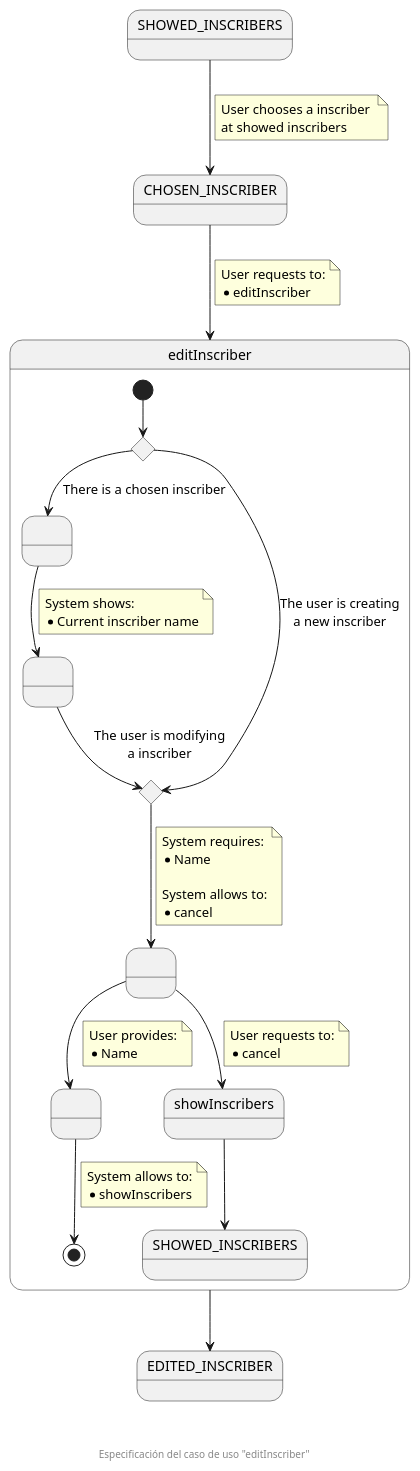
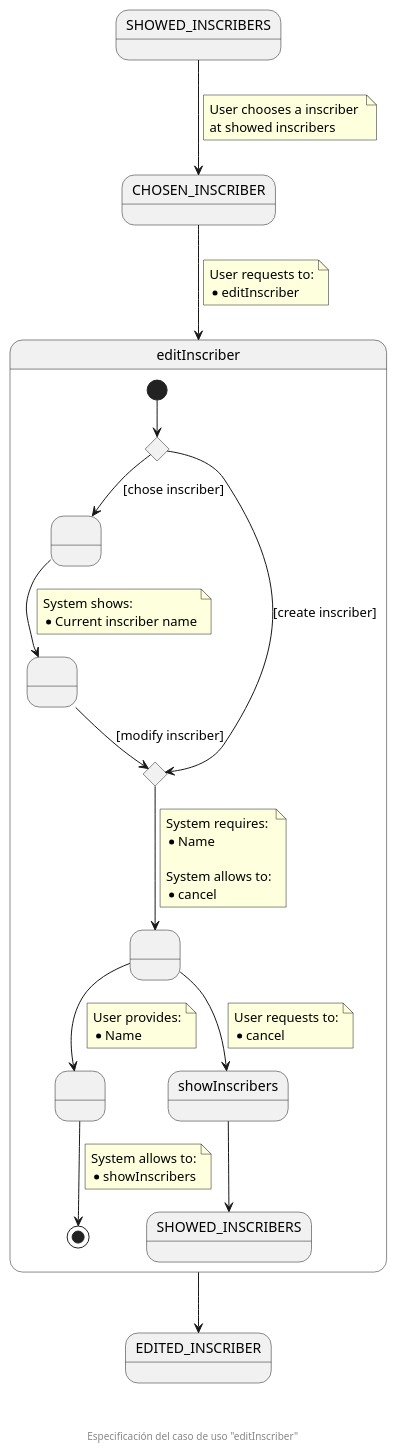
Before and after one commit to zuldare/mastercloud_pfm_halterocms: the diagram in documentation/diagrams/1_requirements/3_useCasesSpecification/organizationSecretary/12_editInscriber.puml, drawn with PlantUML. The commit also changed 5 other files, not shown here.

```diff
--- a/documentation/diagrams/1_requirements/3_useCasesSpecification/organizationSecretary/12_editInscriber.puml
+++ b/documentation/diagrams/1_requirements/3_useCasesSpecification/organizationSecretary/12_editInscriber.puml
@@ -1,64 +1,64 @@
 @startuml
 state SHOWED_INSCRIBERS
 state CHOSEN_INSCRIBER
 state editInscriber {
   state createOrModifyCHC <<choice>>
   state " " as providedInscriber
   state " " as showedData
   state createOrModifyCHC2 <<choice>>
   state " " as pendingData
   state " " as providedData
   [*] --> createOrModifyCHC
-  createOrModifyCHC --> providedInscriber : There is a chosen inscriber
-  createOrModifyCHC --> createOrModifyCHC2 : The user is creating\na new inscriber
+  createOrModifyCHC --> providedInscriber : [chose inscriber]
+  createOrModifyCHC --> createOrModifyCHC2 : [create inscriber]
   providedInscriber --> showedData
   note on link
     System shows:
     * Current inscriber name
   end note
-  showedData --> createOrModifyCHC2 : The user is modifying\na inscriber
+  showedData --> createOrModifyCHC2 : [modify inscriber]
   createOrModifyCHC2 --> pendingData
   note on link
     System requires:
     * Name
 
     System allows to:
     * cancel
   end note
   pendingData --> showInscribers
   note on link
     User requests to:
     * cancel
   end note
   showInscribers --> SHOWED_INSCRIBERS_F
   pendingData --> providedData 
   note on link
     User provides:
     * Name
   end note
   providedData --> [*]
   note on link
     System allows to:
     * showInscribers
   end note
 }
 state EDITED_INSCRIBER
 state showInscribers
 state "SHOWED_INSCRIBERS" as SHOWED_INSCRIBERS_F
 
 SHOWED_INSCRIBERS --> CHOSEN_INSCRIBER
 note on link
   User chooses a inscriber 
   at showed inscribers
 end note
 
 CHOSEN_INSCRIBER --> editInscriber
 note on link
   User requests to:
   * editInscriber
 end note
 
 editInscriber --> EDITED_INSCRIBER
 
 footer \n\n\n Especificación del caso de uso "editInscriber"
 @enduml
```
